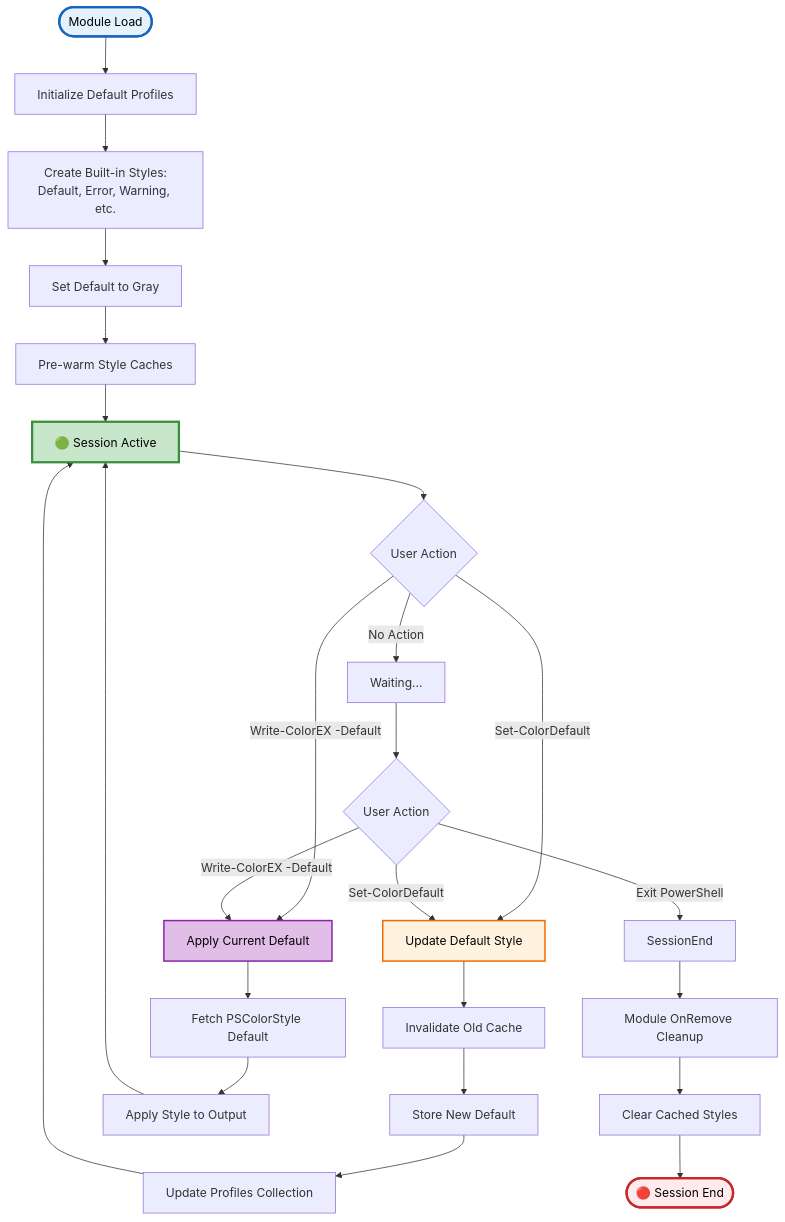
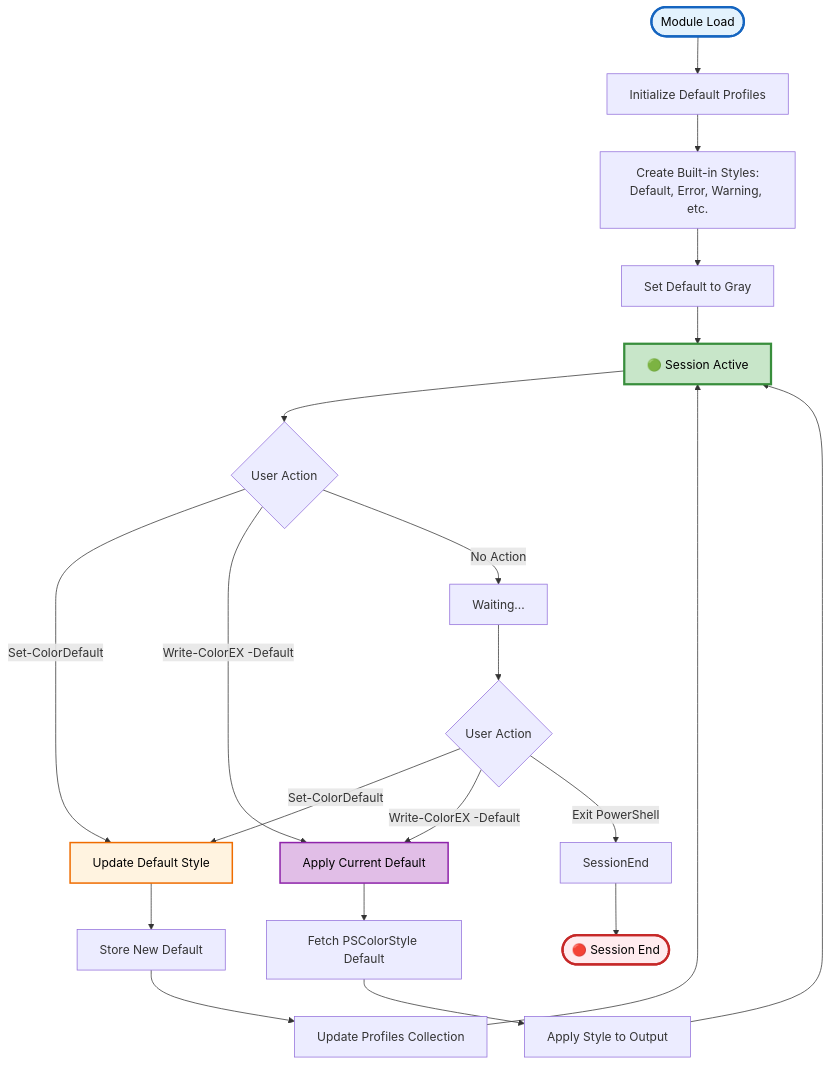
The fifth of 7 diagrams in Docs/Public/Set-ColorDefault.md (MarkusMcNugen/PSWriteColorEX), drawn with Mermaid before and after one commit. The commit also changed other lines of this file and 10 other files, not shown here.

````diff
--- a/Docs/Public/Set-ColorDefault.md
+++ b/Docs/Public/Set-ColorDefault.md
@@ -477,38 +470,34 @@
 ```mermaid
 graph TD
     ModLoad([Module Load]) --> InitProfiles[Initialize Default Profiles]
     InitProfiles --> CreateDefaults[Create Built-in Styles:<br/>Default, Error, Warning, etc.]
     CreateDefaults --> SetInitialDefault[Set Default to Gray]
-    SetInitialDefault --> PreWarm[Pre-warm Style Caches]
 
-    PreWarm --> SessionStart[🟢 Session Active]
+    SetInitialDefault --> SessionStart[🟢 Session Active]
 
     SessionStart --> UserAction1{User Action}
     UserAction1 -->|Set-ColorDefault| UpdateDefault[Update Default Style]
     UserAction1 -->|Write-ColorEX -Default| UseDefault[Apply Current Default]
     UserAction1 -->|No Action| Wait1[Waiting...]
 
-    UpdateDefault --> InvalidateOld[Invalidate Old Cache]
-    InvalidateOld --> StoreNew[Store New Default]
+    UpdateDefault --> StoreNew[Store New Default]
     StoreNew --> UpdateProfiles[Update Profiles Collection]
     UpdateProfiles --> SessionStart
 
     UseDefault --> FetchDefault[Fetch PSColorStyle Default]
     FetchDefault --> ApplyStyle[Apply Style to Output]
     ApplyStyle --> SessionStart
 
     Wait1 --> UserAction2{User Action}
     UserAction2 -->|Set-ColorDefault| UpdateDefault
     UserAction2 -->|Write-ColorEX -Default| UseDefault
     UserAction2 -->|Exit PowerShell| SessionEnd
 
-    SessionEnd --> Cleanup[Module OnRemove Cleanup]
-    Cleanup --> ClearCache[Clear Cached Styles]
-    ClearCache --> End([🔴 Session End])
+    SessionEnd --> End([🔴 Session End])
 
     style ModLoad fill:#e3f2fd,stroke:#1565c0,stroke-width:3px,color:#000
     style SessionStart fill:#c8e6c9,stroke:#388e3c,stroke-width:3px,color:#000
     style End fill:#ffebee,stroke:#c62828,stroke-width:3px,color:#000
     style UpdateDefault fill:#fff3e0,stroke:#ef6c00,stroke-width:2px,color:#000
     style UseDefault fill:#e1bee7,stroke:#8e24aa,stroke-width:2px,color:#000
 ```
````
